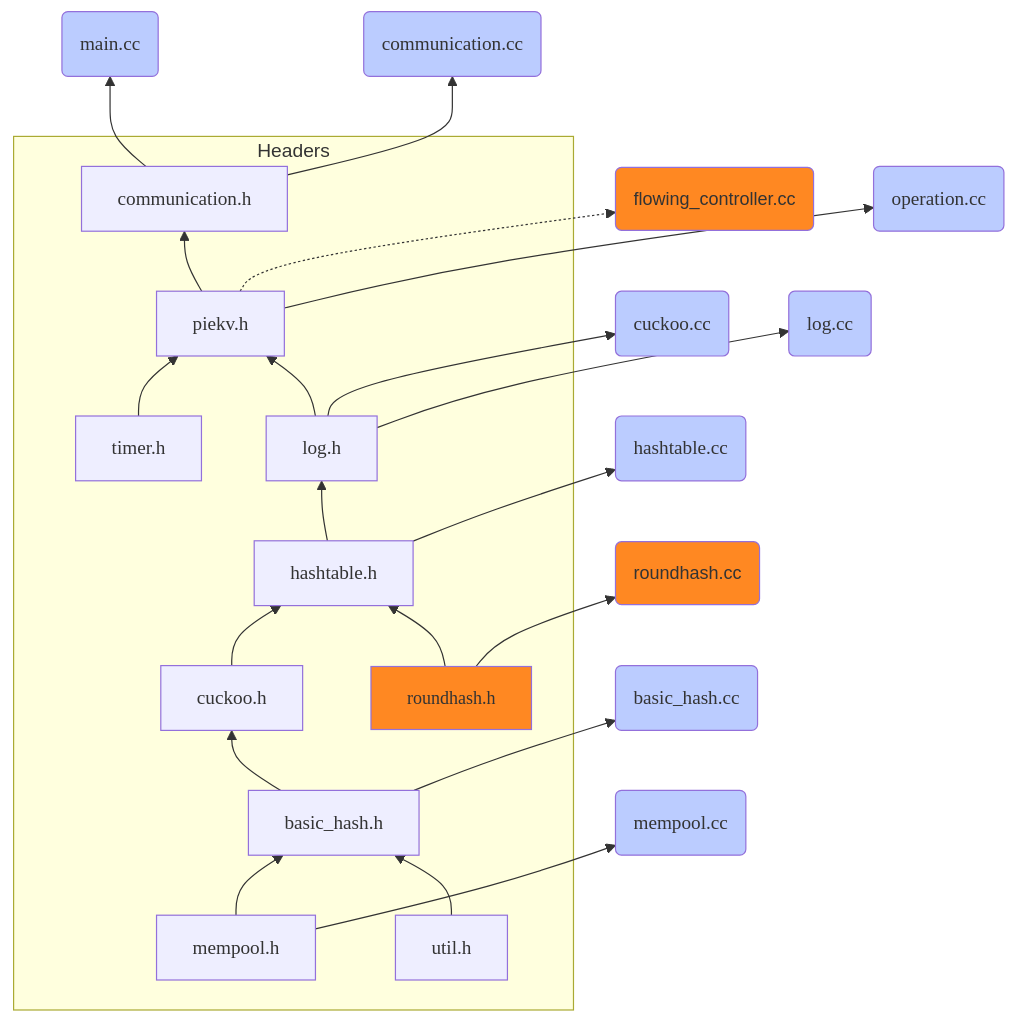
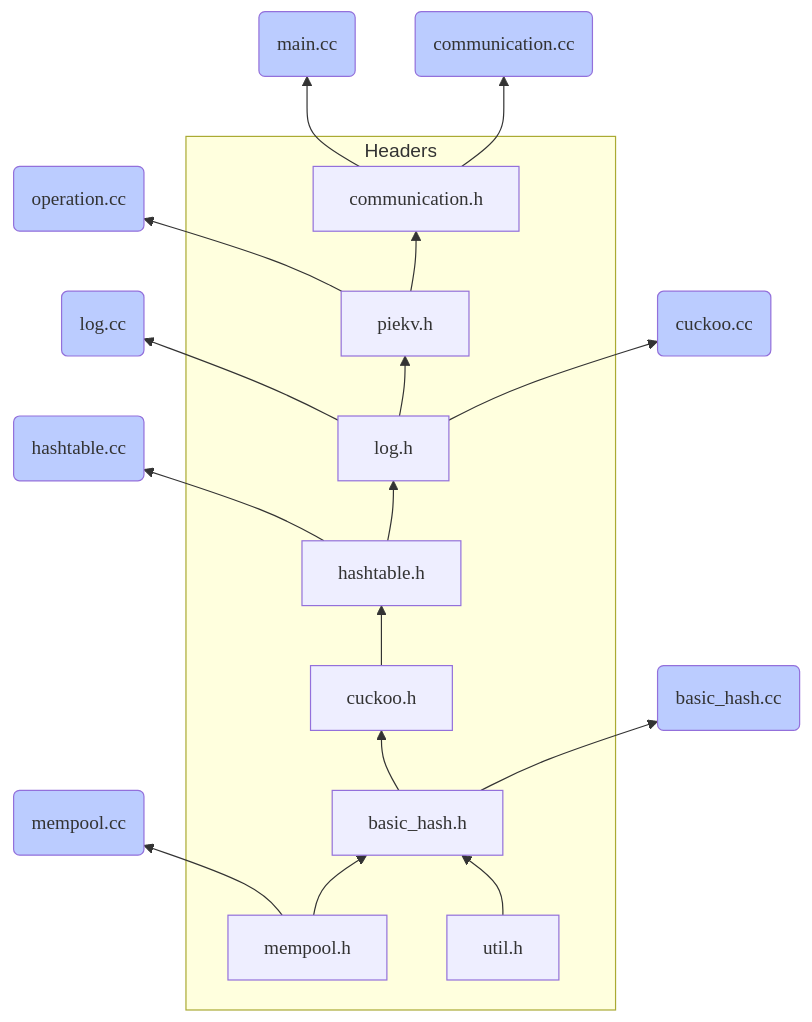
Before and after one commit to JuvenileFir/ACEKV: the diagram in README.md, drawn with Mermaid. The commit also changed other lines of this file and 4702 other files, not shown here.

````diff
--- a/README.md
+++ b/README.md
@@ -75,43 +6,37 @@
 ```mermaid
 %%{ init: { 'flowchart': { 'curve': 'basis' } } }%%
 flowchart BT
-roundhash.h:::header --> rp(roundhash.cc):::diff
-piekv.h -.-> fp(flowing_controller.cc):::diff
+
+hashtable.h --> ht(hashtable.cc):::source
+
+log.h --> lg(log.cc):::source
+
+mempool.h:::header --> mp(mempool.cc):::source
+
+piekv.h --> op(operation.cc):::source
+communication.h --> main(main.cc):::source
+communication.h:::header --> cp(communication.cc):::source
+
 subgraph Headers
 basic_hash.h:::header --> cuckoo.h
 cuckoo.h:::header --> hashtable.h
 hashtable.h:::header --> log.h
-timer.h:::header --> piekv.h
 log.h:::header --> piekv.h
 mempool.h --> basic_hash.h
 piekv.h:::header --> communication.h
-roundhash.h:::diff --> hashtable.h
 
 util.h:::header --> basic_hash.h
 end
+
 basic_hash.h --> bp(basic_hash.cc):::source
 
-
-communication.h --> main(main.cc):::source
-communication.h:::header --> cp(communication.cc):::source
-
-hashtable.h --> ht(hashtable.cc):::source
-
 log.h --> cc(cuckoo.cc):::source
-
-log.h --> lg(log.cc):::source
-
-
-
-mempool.h:::header --> mp(mempool.cc):::source
-
-piekv.h --> op(operation.cc):::source
 
 %%util.h --> zipf.h
 
 %%zipf.h --> NO_INCLUDE
 classDef header fill:#eef,font-family:arias,font-size:16px,font-weight:300;
 classDef source fill:#bcf,font-family:arias,font-size:16px;
 classDef diff fill:#f82,font-size:15px;
 
 ```
````
